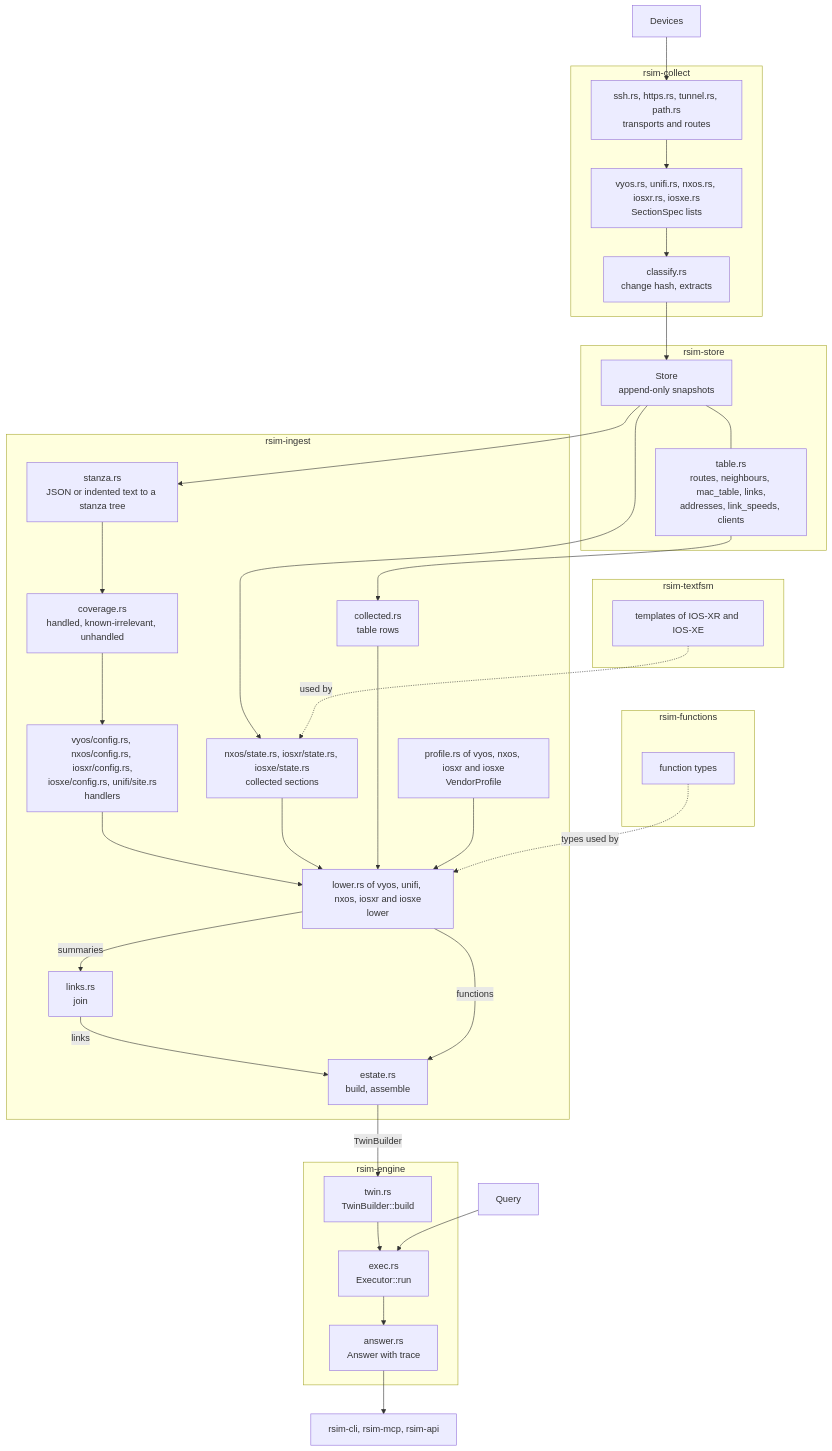
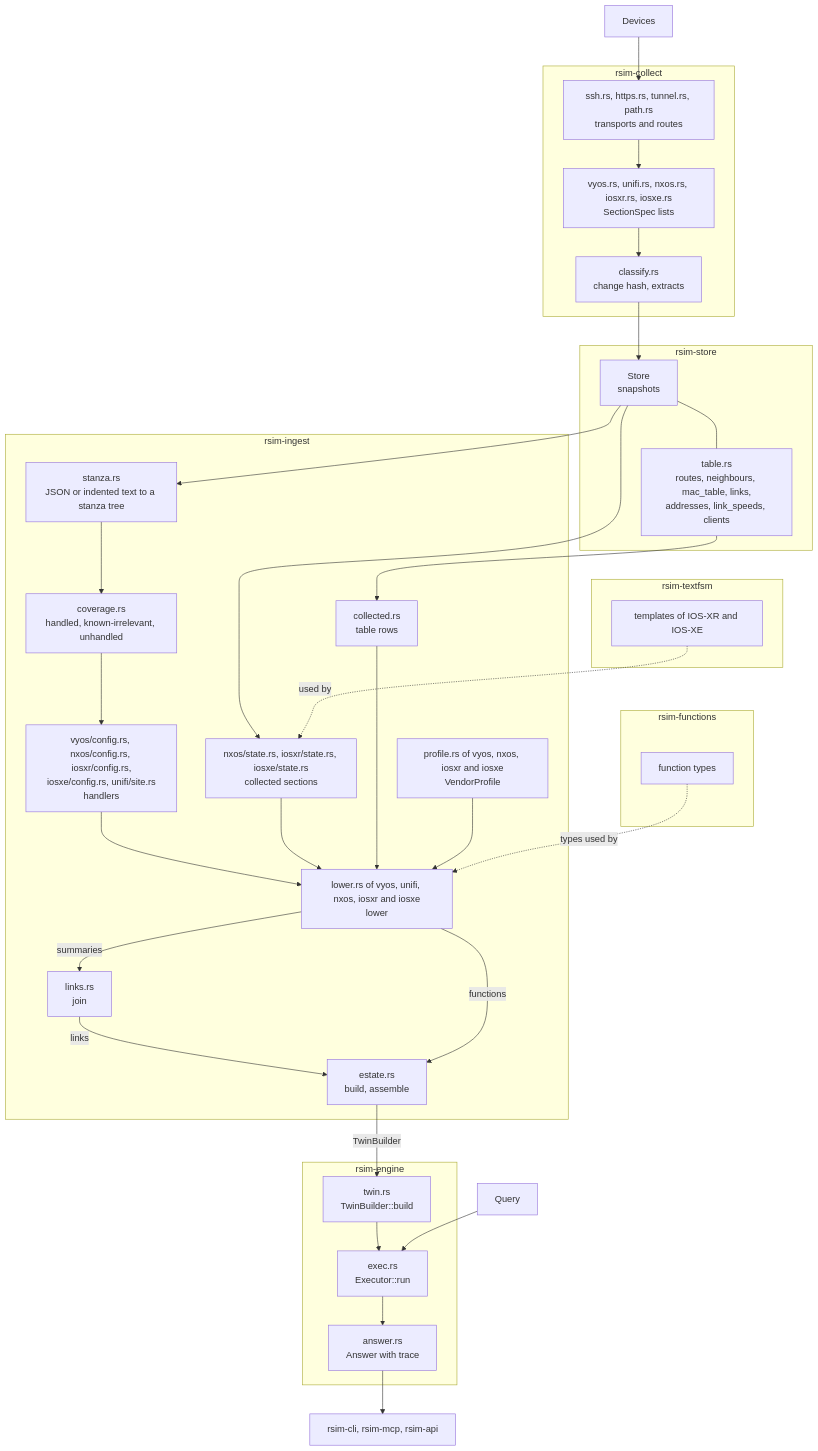
One commit to AlectoTheFirst/RSIM changed the second of 3 diagrams in README.md. Above: the diagram before and after it, drawn with Mermaid. The commit also changed other lines of this file and 25 other files, not shown here.

````diff
--- a/README.md
+++ b/README.md
@@ -25,56 +25,56 @@
 ```mermaid
 flowchart TD
   D["Devices"]
   Q["Query"]
   subgraph C["rsim-collect"]
     T["ssh.rs, https.rs, tunnel.rs, path.rs<br/>transports and routes"]
     SRC["vyos.rs, unifi.rs, nxos.rs, iosxr.rs, iosxe.rs<br/>SectionSpec lists"]
     CL["classify.rs<br/>change hash, extracts"]
     T --> SRC --> CL
   end
   subgraph S["rsim-store"]
-    ST["Store<br/>append-only snapshots"]
+    ST["Store<br/>snapshots"]
     TBL["table.rs<br/>routes, neighbours, mac_table, links,<br/>addresses, link_speeds, clients"]
     ST --- TBL
   end
   subgraph I["rsim-ingest"]
     SZ["stanza.rs<br/>JSON or indented text to a stanza tree"]
     CV["coverage.rs<br/>handled, known-irrelevant, unhandled"]
     CF["vyos/config.rs, nxos/config.rs, iosxr/config.rs,<br/>iosxe/config.rs, unifi/site.rs<br/>handlers"]
     SS["nxos/state.rs, iosxr/state.rs, iosxe/state.rs<br/>collected sections"]
     CO["collected.rs<br/>table rows"]
     PR["profile.rs of vyos, nxos, iosxr and iosxe<br/>VendorProfile"]
     LW["lower.rs of vyos, unifi, nxos, iosxr and iosxe<br/>lower"]
     LK["links.rs<br/>join"]
     ES["estate.rs<br/>build, assemble"]
     SZ --> CV --> CF --> LW
     SS --> LW
     CO --> LW
     PR --> LW
     LW -->|"summaries"| LK
     LK -->|"links"| ES
     LW -->|"functions"| ES
   end
   subgraph TF["rsim-textfsm"]
     TX["templates of IOS-XR and IOS-XE"]
   end
   subgraph F["rsim-functions"]
     FN["function types"]
   end
   subgraph E["rsim-engine"]
     TW["twin.rs<br/>TwinBuilder::build"]
     EX["exec.rs<br/>Executor::run"]
     AN["answer.rs<br/>Answer with trace"]
     TW --> EX --> AN
   end
   D --> T
   CL --> ST
   ST --> SZ
   ST --> SS
   TBL --> CO
   TX -.->|"used by"| SS
   FN -.->|"types used by"| LW
   ES -->|"TwinBuilder"| TW
   Q --> EX
   AN --> OUT["rsim-cli, rsim-mcp, rsim-api"]
 ```
````
